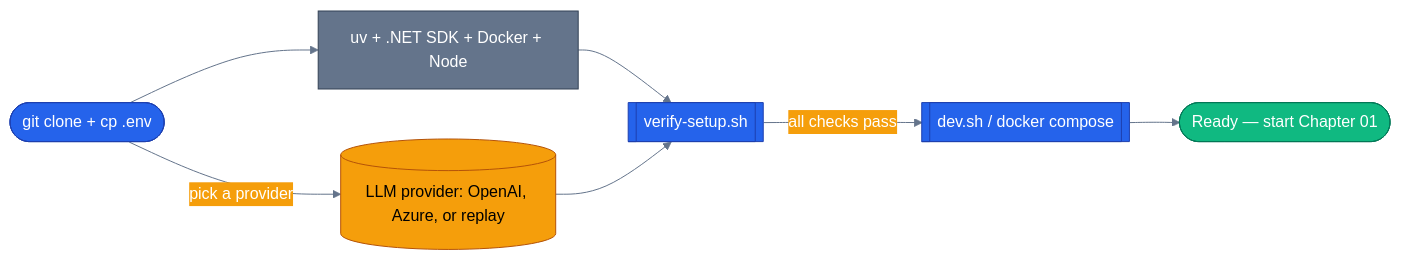
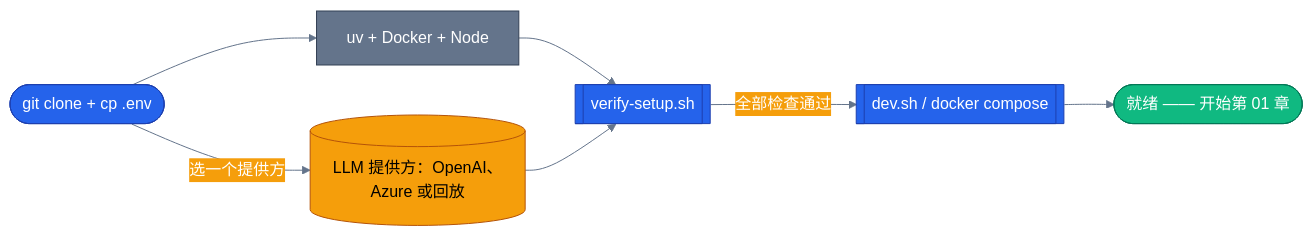
One commit to s1encisi/reliable-commerce-agents changed the diagram in tutorials/00-setup/README.md. Above: the diagram before and after it, drawn with Mermaid. The commit also changed other lines of this file and 1033 other files, not shown here.

````diff
--- a/tutorials/00-setup/README.md
+++ b/tutorials/00-setup/README.md
@@ -31,32 +21,32 @@
 ```mermaid
 %%{init: {'theme':'base', 'themeVariables': {
   'primaryColor': '#2563eb','primaryTextColor': '#ffffff','primaryBorderColor': '#1e40af',
   'lineColor': '#64748b','secondaryColor': '#f59e0b','tertiaryColor': '#10b981',
   'background': 'transparent'}}}%%
 flowchart LR
   classDef core     fill:#2563eb,stroke:#1e40af,color:#ffffff
   classDef external fill:#f59e0b,stroke:#b45309,color:#000000
   classDef success  fill:#10b981,stroke:#047857,color:#ffffff
   classDef infra    fill:#64748b,stroke:#334155,color:#ffffff
 
   clone([git clone + cp .env])
-  toolchain[uv + .NET SDK + Docker + Node]
-  llm[(LLM provider: OpenAI, Azure, or replay)]
+  toolchain[uv + Docker + Node]
+  llm[(LLM 提供方：OpenAI、Azure 或回放)]
   verify[[verify-setup.sh]]
   devsh[[dev.sh / docker compose]]
-  ready([Ready — start Chapter 01])
+  ready([就绪 —— 开始第 01 章])
 
   clone --> toolchain
   toolchain --> verify
-  clone -- "pick a provider" --> llm
+  clone -- "选一个提供方" --> llm
   llm --> verify
-  verify -- "all checks pass" --> devsh
+  verify -- "全部检查通过" --> devsh
   devsh --> ready
 
   class clone core
   class toolchain infra
   class llm external
   class verify core
   class devsh core
   class ready success
 ```
````
